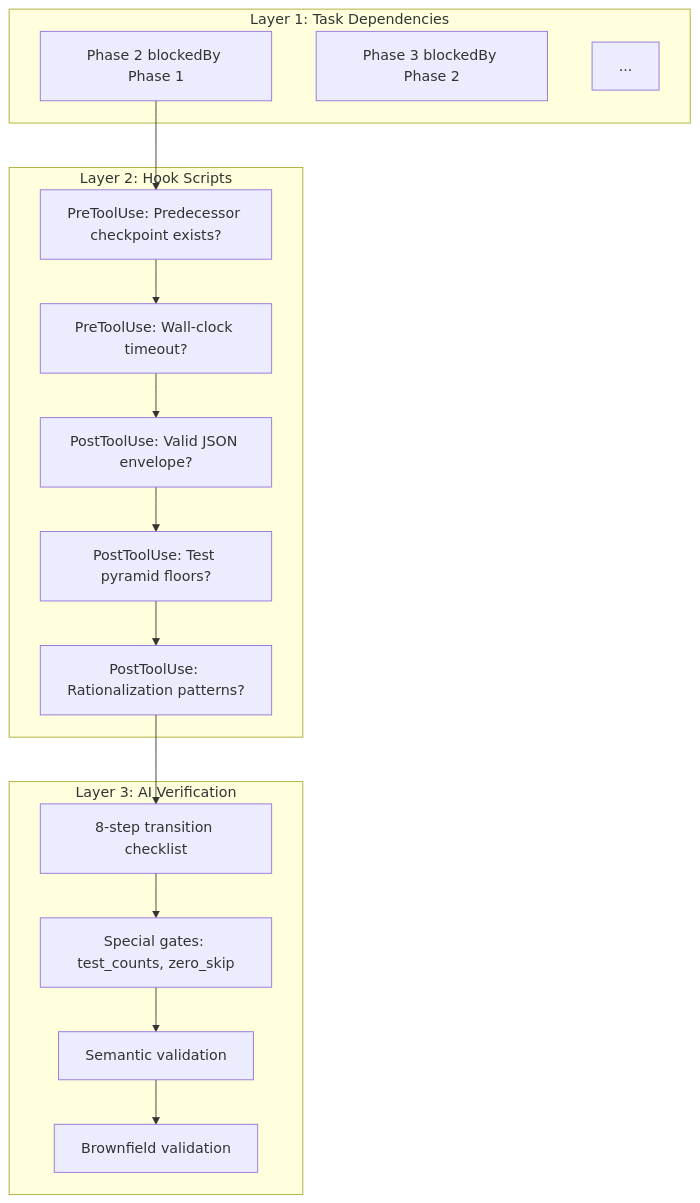
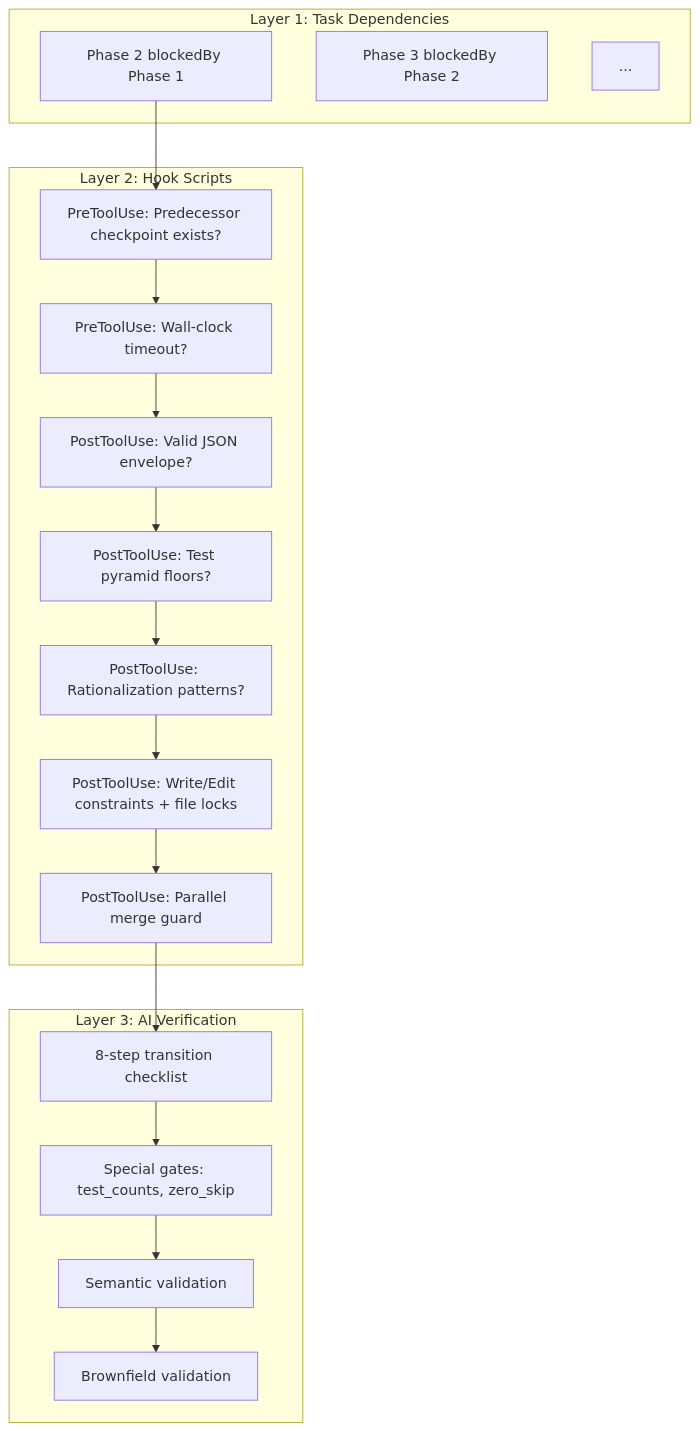
Before and after one commit to lorainwings/claude-autopilot: the diagram in plugins/spec-autopilot/docs/gates.md, drawn with Mermaid. The commit also changed other lines of this file and 10 other files, not shown here.

````diff
--- a/plugins/spec-autopilot/docs/gates.md
+++ b/plugins/spec-autopilot/docs/gates.md
@@ -15,33 +15,37 @@
 ```mermaid
 graph TD
     subgraph "Layer 1: Task Dependencies"
         T1[Phase 2 blockedBy Phase 1]
         T2[Phase 3 blockedBy Phase 2]
         T3[...]
     end
 
     subgraph "Layer 2: Hook Scripts"
         H1[PreToolUse: Predecessor checkpoint exists?]
         H2[PreToolUse: Wall-clock timeout?]
         H3[PostToolUse: Valid JSON envelope?]
         H4[PostToolUse: Test pyramid floors?]
         H5[PostToolUse: Rationalization patterns?]
+        H6[PostToolUse: Write/Edit constraints + file locks]
+        H7[PostToolUse: Parallel merge guard]
     end
 
     subgraph "Layer 3: AI Verification"
         G1[8-step transition checklist]
         G2[Special gates: test_counts, zero_skip]
         G3[Semantic validation]
         G4[Brownfield validation]
     end
 
     T1 --> H1
     H1 --> H2
     H2 --> H3
     H3 --> H4
     H4 --> H5
-    H5 --> G1
+    H5 --> H6
+    H6 --> H7
+    H7 --> G1
     G1 --> G2
     G2 --> G3
     G3 --> G4
 ```
````
